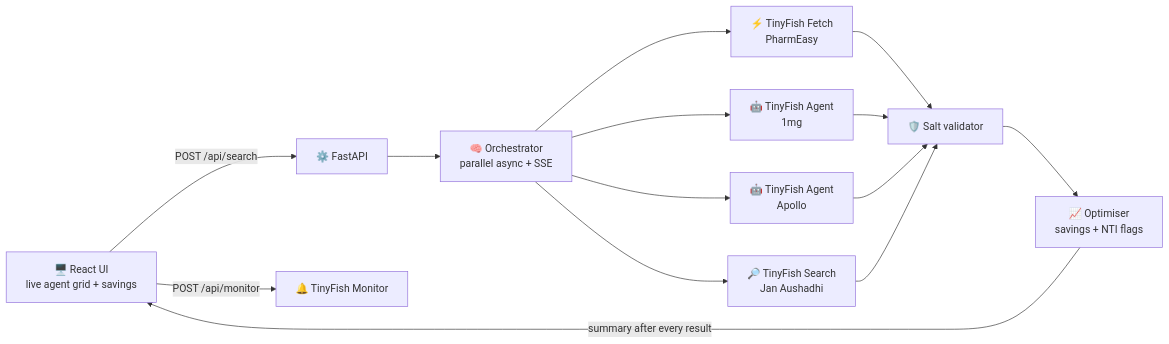
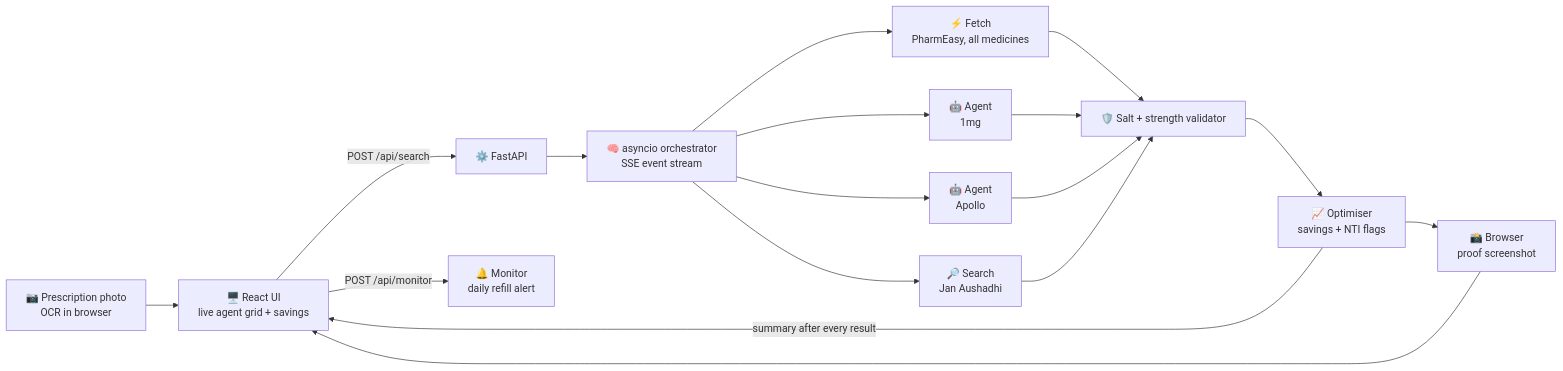
The diagram in README.md (FuncLexa/RxRadar), drawn with Mermaid before and after one commit. The commit also changed other lines of this file, not shown here.

Commit message:
README: all 5 TinyFish tools, OCR, engineering challenges

````diff
--- a/README.md
+++ b/README.md
@@ -68,16 +74,19 @@
 ```mermaid
 flowchart LR
+    RX["📷 Prescription photo<br/>OCR in browser"] --> UI
     UI["🖥️ React UI<br/>live agent grid + savings"] -->|POST /api/search| API["⚙️ FastAPI"]
-    API --> ORC["🧠 Orchestrator<br/>parallel async + SSE"]
-    ORC --> F["⚡ TinyFish Fetch<br/>PharmEasy"]
-    ORC --> A1["🤖 TinyFish Agent<br/>1mg"]
-    ORC --> A2["🤖 TinyFish Agent<br/>Apollo"]
-    ORC --> S["🔎 TinyFish Search<br/>Jan Aushadhi"]
-    F --> V["🛡️ Salt validator"]
+    API --> ORC["🧠 asyncio orchestrator<br/>SSE event stream"]
+    ORC --> F["⚡ Fetch<br/>PharmEasy, all medicines"]
+    ORC --> A1["🤖 Agent<br/>1mg"]
+    ORC --> A2["🤖 Agent<br/>Apollo"]
+    ORC --> S["🔎 Search<br/>Jan Aushadhi"]
+    F --> V["🛡️ Salt + strength validator"]
     A1 --> V
     A2 --> V
     S --> V
     V --> O["📈 Optimiser<br/>savings + NTI flags"]
     O -->|summary after every result| UI
-    UI -->|POST /api/monitor| M["🔔 TinyFish Monitor"]
+    O --> B["📸 Browser<br/>proof screenshot"]
+    B --> UI
+    UI -->|POST /api/monitor| M["🔔 Monitor<br/>daily refill alert"]
 ```
````
